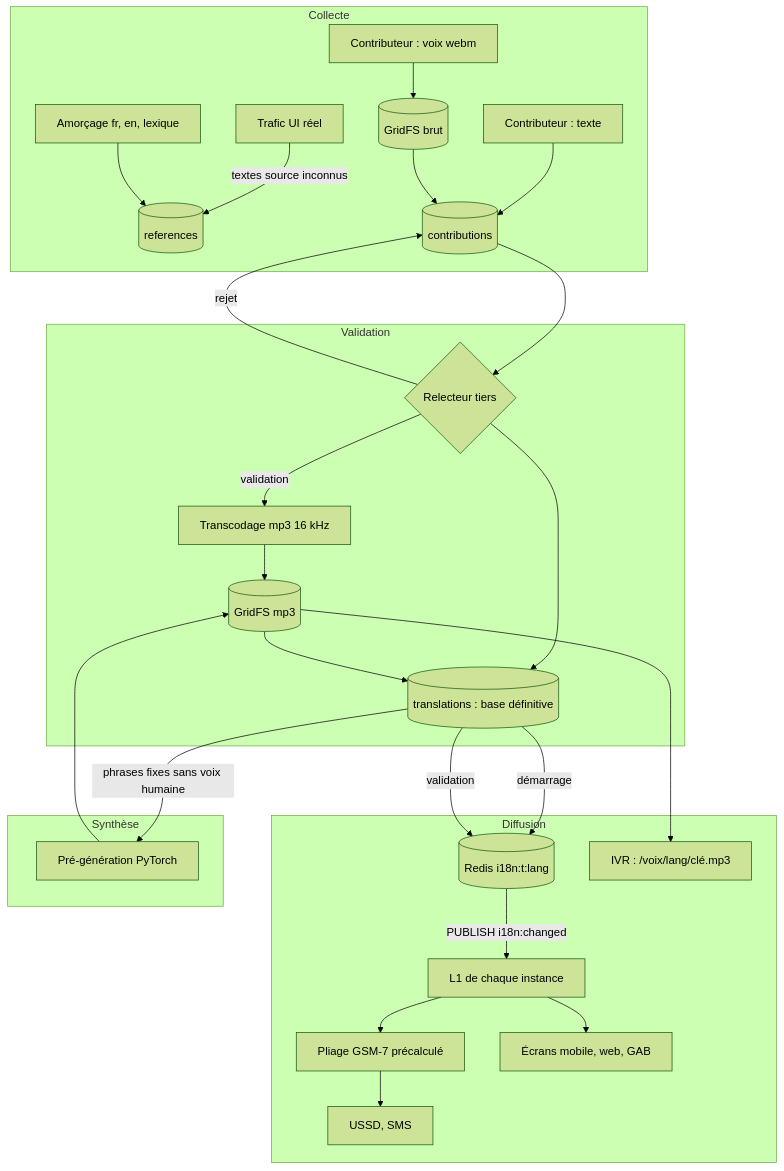
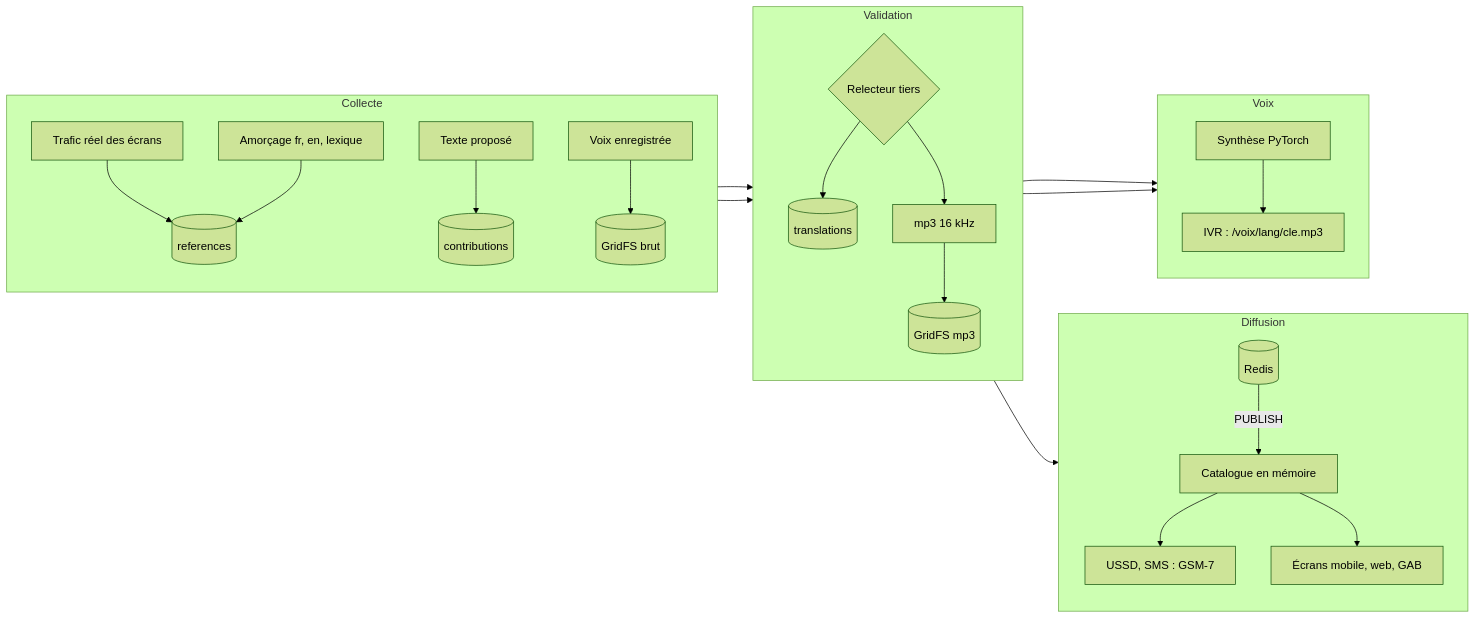
Before and after one commit to junguck/nkaplingua: the fifth of 8 diagrams in docs/ARCHITECTURE.md, drawn with Mermaid (forest theme). The commit also changed other lines of this file and 51 other files, not shown here.

````diff
--- a/docs/ARCHITECTURE.md
+++ b/docs/ARCHITECTURE.md
@@ -130,31 +156,31 @@
 ```mermaid
-flowchart TB
+flowchart LR
     subgraph Collecte
-        P1[Trafic UI réel] -- textes source inconnus --> REF[(references)]
+        direction TB
+        P1[Trafic réel des écrans] --> REF[(references)]
         P2[Amorçage fr, en, lexique] --> REF
-        C1[Contributeur : texte] --> CO[(contributions)]
-        C2[Contributeur : voix webm] --> GF[(GridFS brut)]
-        GF --> CO
+        C1[Texte proposé] --> CO[(contributions)]
+        C2[Voix enregistrée] --> GF[(GridFS brut)]
     end
     subgraph Validation
-        CO --> RV{Relecteur tiers}
-        RV -- rejet --> CO
-        RV -- validation --> TC[Transcodage mp3 16 kHz]
+        direction TB
+        RV{Relecteur tiers} --> TR[(translations)]
+        RV --> TC[mp3 16 kHz]
         TC --> GF2[(GridFS mp3)]
-        RV --> TR[(translations : base définitive)]
-        GF2 --> TR
     end
     subgraph Diffusion
-        TR -- démarrage --> RS[(Redis i18n:t:lang)]
-        TR -- validation --> RS
-        RS -- PUBLISH i18n:changed --> L1[L1 de chaque instance]
-        L1 --> F[Pliage GSM-7 précalculé]
-        F --> SRV[USSD, SMS]
+        direction TB
+        RS[(Redis)] -- PUBLISH --> L1[Catalogue en mémoire]
+        L1 --> SRV[USSD, SMS : GSM-7]
         L1 --> SRV2[Écrans mobile, web, GAB]
-        GF2 --> SRV3[IVR : /voix/lang/clé.mp3]
     end
-    subgraph Synthèse
-        TR -- phrases fixes sans voix humaine --> PG[Pré-génération PyTorch]
-        PG --> GF2
+    subgraph Voix
+        direction TB
+        PG[Synthèse PyTorch] --> V[IVR : /voix/lang/cle.mp3]
     end
+    CO --> RV
+    GF --> RV
+    TR --> RS
+    TR --> PG
+    GF2 --> V
 ```
````
